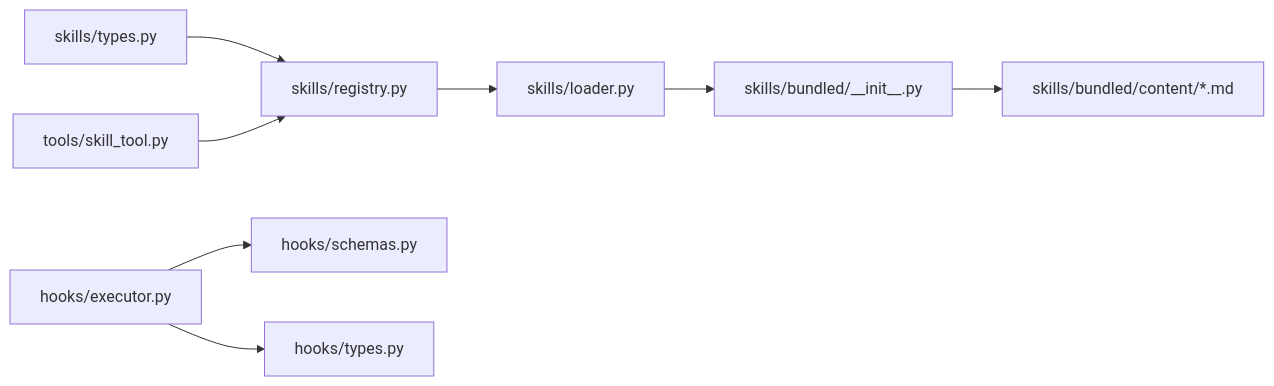
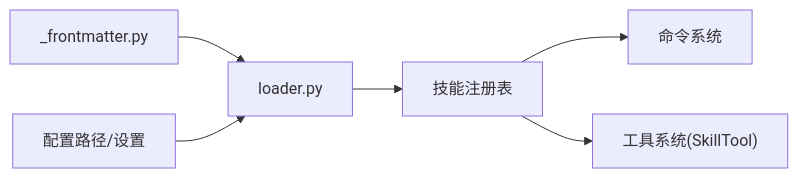
The fifth of 5 diagrams in .qoder/repowiki/zh/content/技能系统/技能开发指南.md (haolange/OpenHarness), drawn with Mermaid before and after one commit. The commit also changed other lines of this file and 222 other files, not shown here.

````diff
--- a/.qoder/repowiki/zh/content/技能系统/技能开发指南.md
+++ b/.qoder/repowiki/zh/content/技能系统/技能开发指南.md
@@ -212,10 +253,8 @@
 ```mermaid
 graph LR
-Types["skills/types.py"] --> Registry["skills/registry.py"]
-Registry --> Loader["skills/loader.py"]
-Loader --> Bundled["skills/bundled/__init__.py"]
-Bundled --> Content["skills/bundled/content/*.md"]
-Tool["tools/skill_tool.py"] --> Registry
-Executor["hooks/executor.py"] --> Schemas["hooks/schemas.py"]
-Executor --> TypesH["hooks/types.py"]
+FM["_frontmatter.py"] --> LD["loader.py"]
+CFG["配置路径/设置"] --> LD
+LD --> REG["技能注册表"]
+REG --> CMD["命令系统"]
+REG --> TOOL["工具系统(SkillTool)"]
 ```
````
